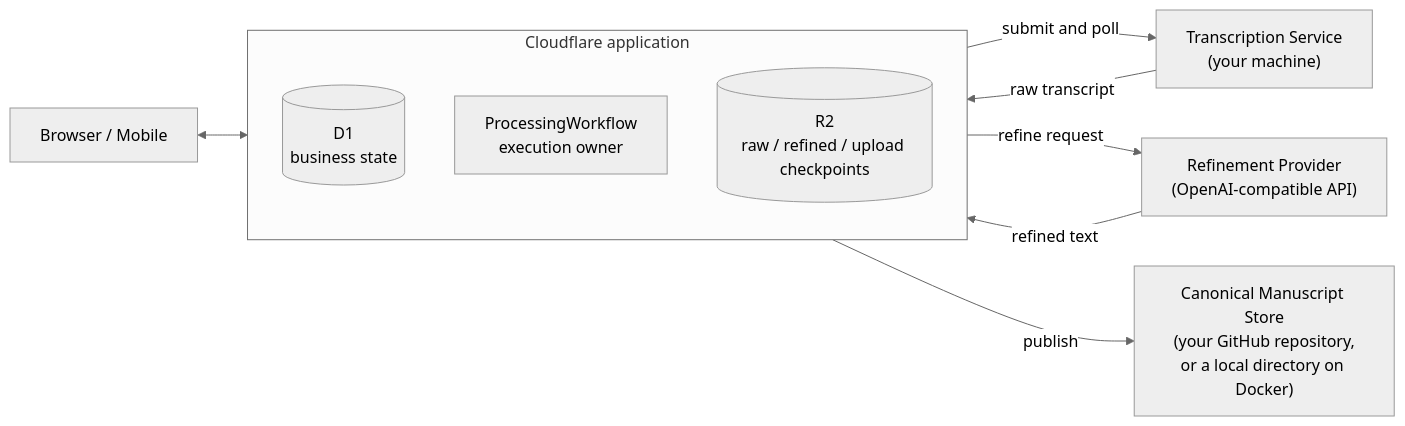
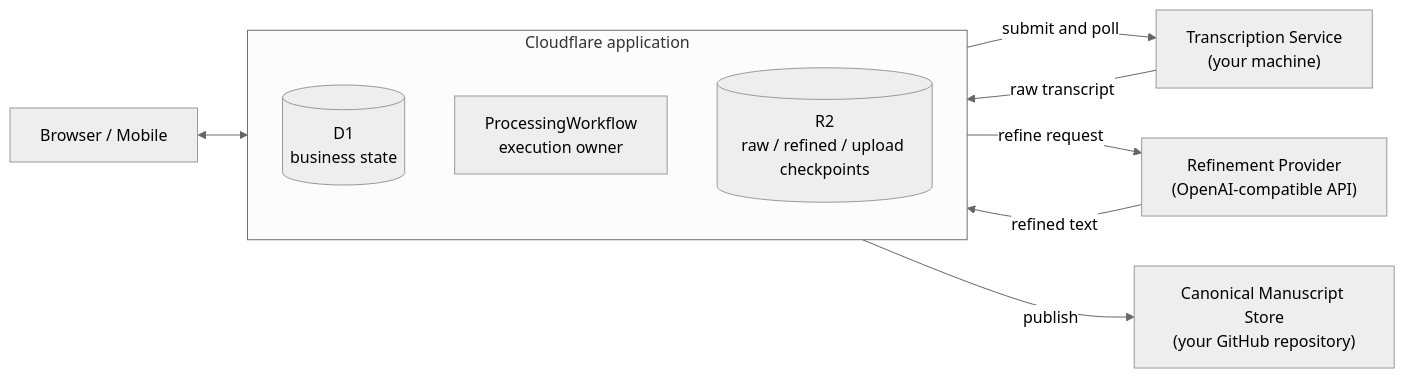
One commit to xielevi/read-podcast changed the diagram in README.md. Above: the diagram before and after it, drawn with Mermaid (neutral theme). The commit also changed other lines of this file and 5 other files, not shown here.

````diff
--- a/README.md
+++ b/README.md
@@ -95,15 +91,15 @@
 ```mermaid
 flowchart LR
     Browser["Browser / Mobile"] <--> CF
     subgraph CF["Cloudflare application"]
         direction TB
         D1[("D1<br/>business state")]
         WF["ProcessingWorkflow<br/>execution owner"]
         R2[("R2<br/>raw / refined / upload checkpoints")]
     end
     CF -->|"submit and poll"| TS["Transcription Service<br/>(your machine)"]
     TS -->|"raw transcript"| CF
     CF -->|"refine request"| RP["Refinement Provider<br/>(OpenAI-compatible API)"]
     RP -->|"refined text"| CF
-    CF -->|"publish"| CMS["Canonical Manuscript Store<br/>(your GitHub repository,<br/>or a local directory on Docker)"]
+    CF -->|"publish"| CMS["Canonical Manuscript Store<br/>(your GitHub repository)"]
 ```
````
